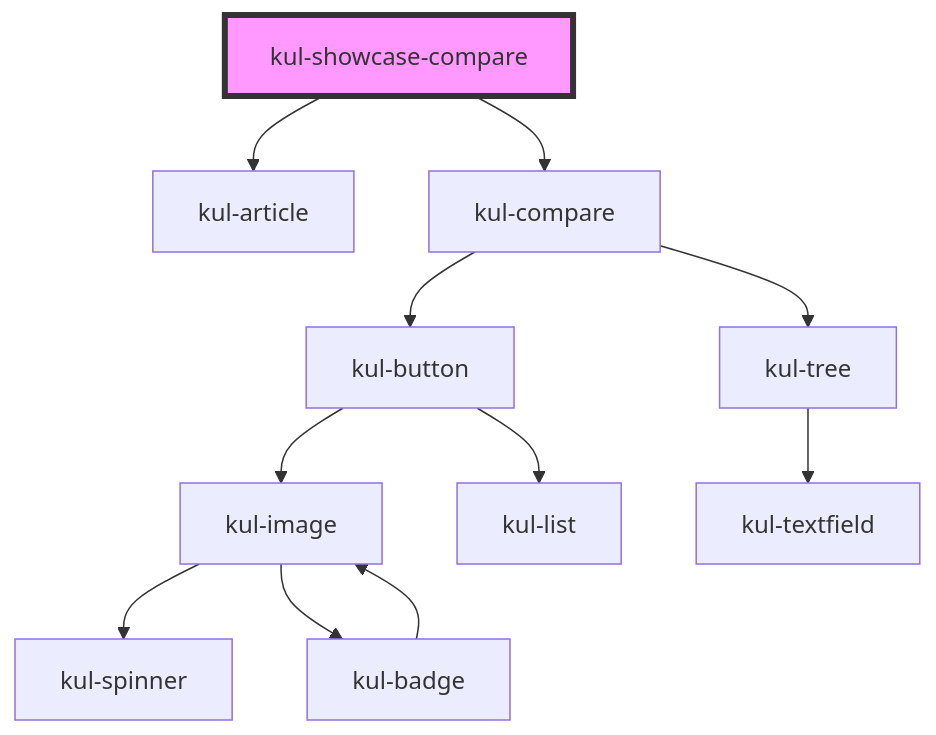
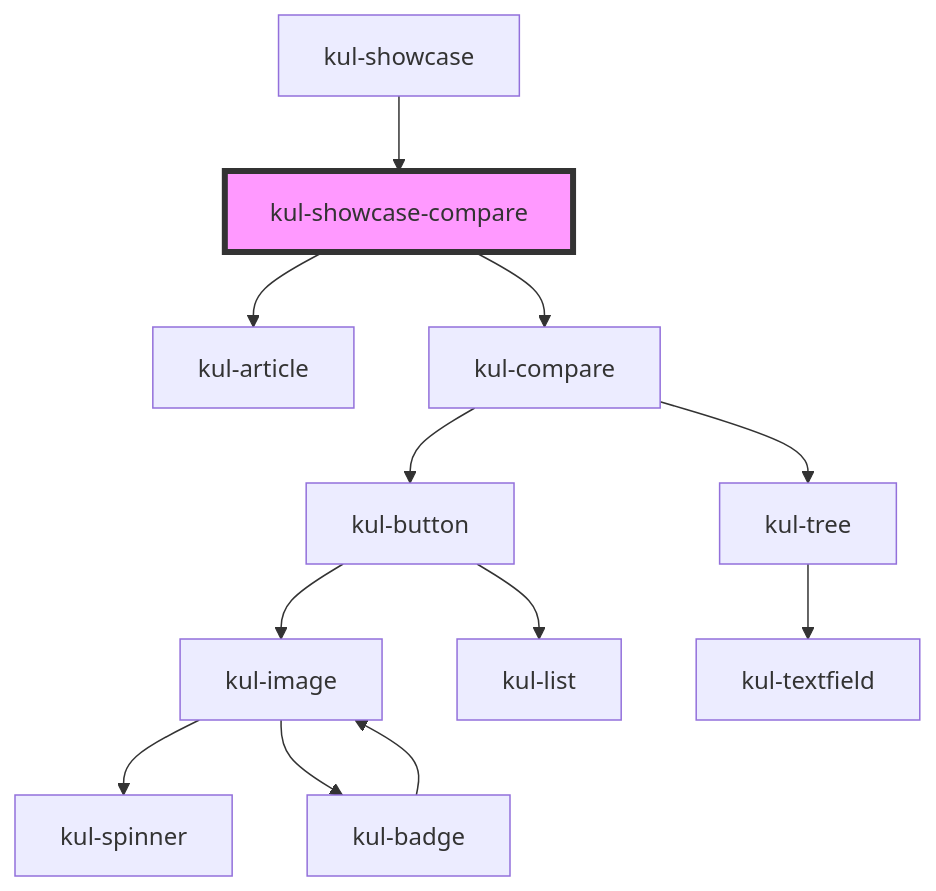
One commit to lucafoscili/ketchup-lite changed the diagram in packages/ketchup-lite/src/components/kul-showcase/components/compare/readme.md. Above: the diagram before and after it, drawn with Mermaid. The commit also changed other lines of this file and 45 other files, not shown here.

````diff
--- a/packages/ketchup-lite/src/components/kul-showcase/components/compare/readme.md
+++ b/packages/ketchup-lite/src/components/kul-showcase/components/compare/readme.md
@@ -24,14 +28,15 @@
 ```mermaid
 graph TD;
   kul-showcase-compare --> kul-article
   kul-showcase-compare --> kul-compare
   kul-compare --> kul-button
   kul-compare --> kul-tree
   kul-button --> kul-image
   kul-button --> kul-list
   kul-image --> kul-spinner
   kul-image --> kul-badge
   kul-badge --> kul-image
   kul-tree --> kul-textfield
+  kul-showcase --> kul-showcase-compare
   style kul-showcase-compare fill:#f9f,stroke:#333,stroke-width:4px
 ```
````
